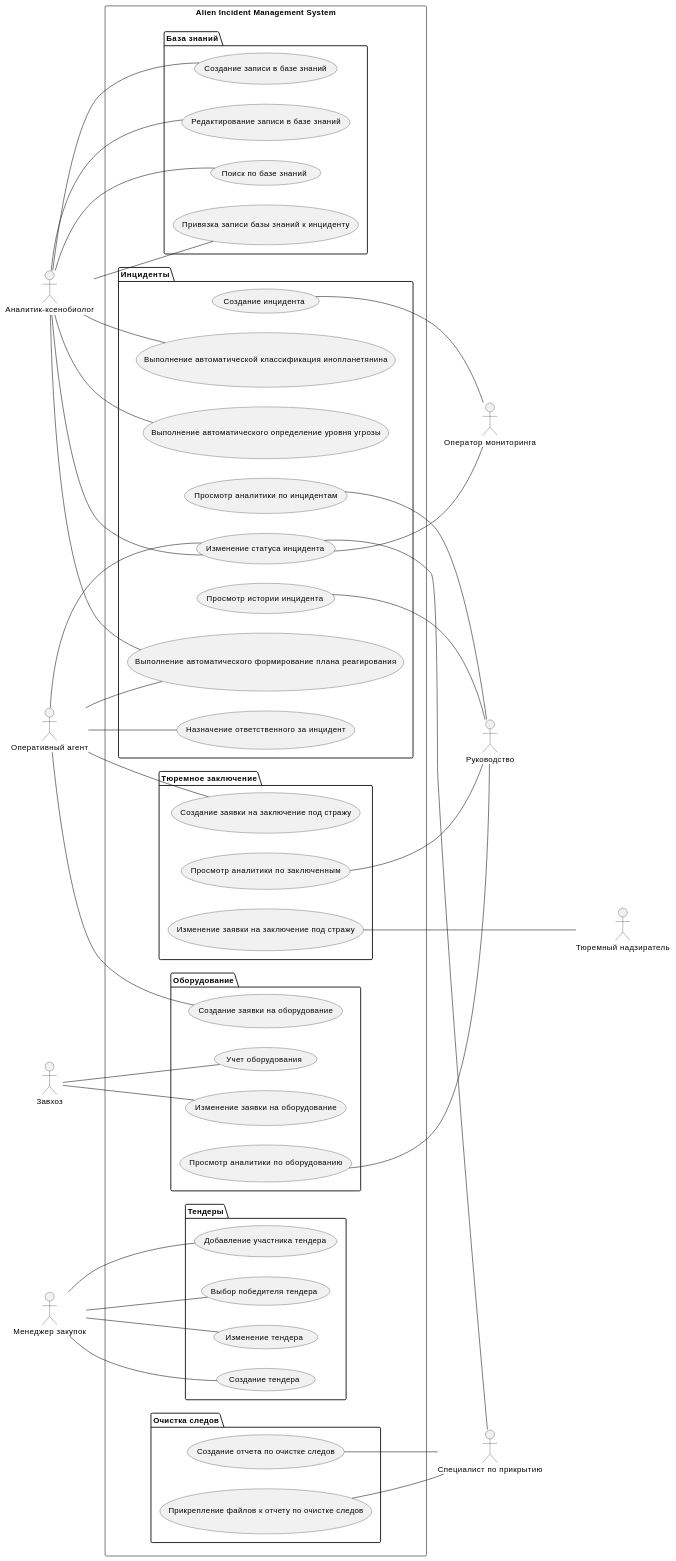
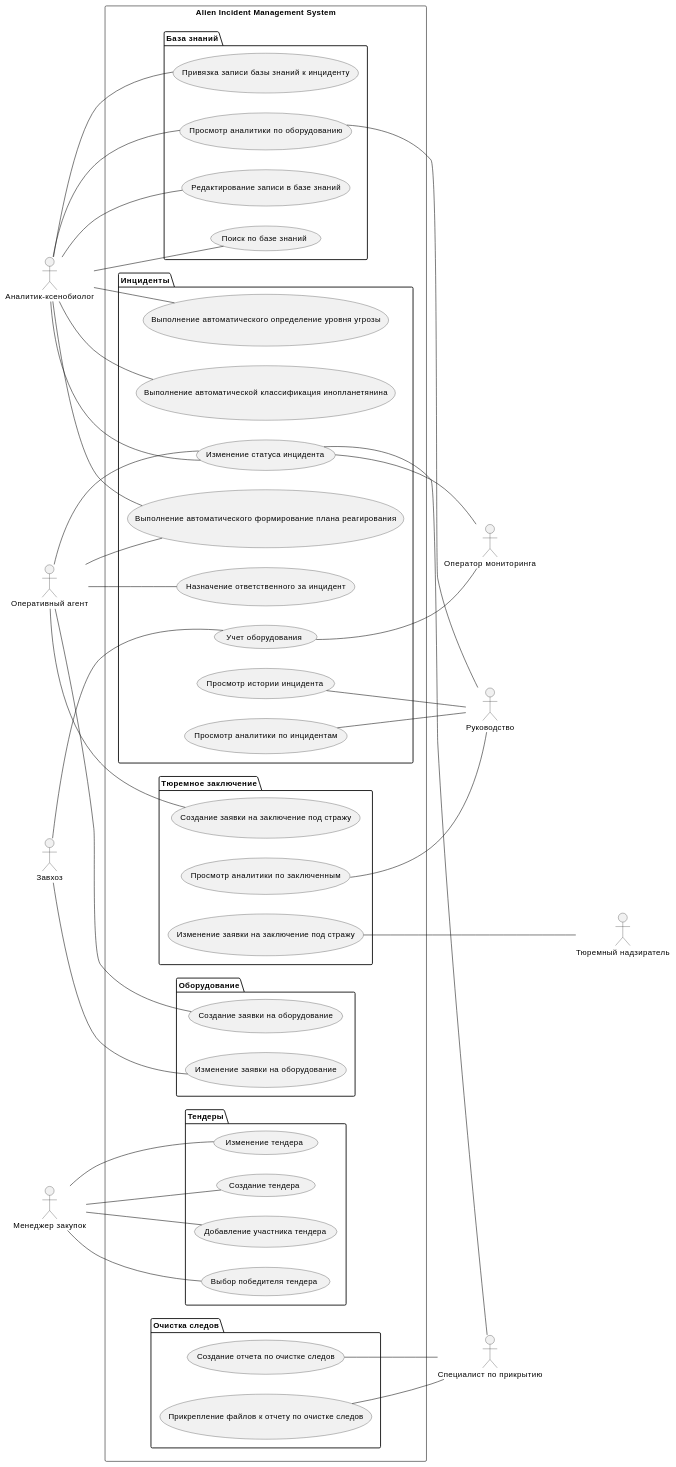
The diagram in UseCase.md (Andryss/AIMS), drawn with PlantUML before and after one commit.

Commit message:
UseCase reidentify

````diff
--- a/UseCase.md
+++ b/UseCase.md
@@ -17,101 +17,101 @@
 
 package "Инциденты" {
 
-(Создание инцидента) as UC1
-(Изменение статуса инцидента) as UC2
-(Назначение ответственного за инцидент) as UC3
-(Просмотр истории инцидента) as UC4
+(Создание инцидента) as UC33
+(Изменение статуса инцидента) as UC12
+(Просмотр истории инцидента) as UC13
+(Назначение ответственного за инцидент) as UC14
 
-(Просмотр аналитики по инцидентам) as UC20
+(Просмотр аналитики по инцидентам) as UC15
 
-(Выполнение автоматической классификация инопланетянина) as UC23
-(Выполнение автоматического определение уровня угрозы) as UC24
-(Выполнение автоматического формирование плана реагирования) as UC25
+(Выполнение автоматической классификация инопланетянина) as UC16
+(Выполнение автоматического определение уровня угрозы) as UC17
+(Выполнение автоматического формирование плана реагирования) as UC18
 
 }
 
 package "База знаний" {
 
-(Создание записи в базе знаний) as UC5
-(Редактирование записи в базе знаний) as UC6
-(Поиск по базе знаний) as UC7
-(Привязка записи базы знаний к инциденту) as UC8
+(Создание записи в базе знаний) as UC34
+(Редактирование записи в базе знаний) as UC22
+(Поиск по базе знаний) as UC23
+(Привязка записи базы знаний к инциденту) as UC24
 
 }
 
 package "Оборудование" {
 
-(Создание заявки на оборудование) as UC9
-(Изменение заявки на оборудование) as UC10
-(Учет оборудования) as UC11
+(Создание заявки на оборудование) as UC31
+(Изменение заявки на оборудование) as UC32
+(Учет оборудования) as UC33
 
-(Просмотр аналитики по оборудованию) as UC21
+(Просмотр аналитики по оборудованию) as UC34
 
 }
 
 package "Тендеры" {
 
-(Создание тендера) as UC12
-(Добавление участника тендера) as UC13
-(Выбор победителя тендера) as UC14
-(Изменение тендера) as UC15
+(Создание тендера) as UC41
+(Добавление участника тендера) as UC42
+(Выбор победителя тендера) as UC43
+(Изменение тендера) as UC44
 
 }
 
 package "Тюремное заключение" {
 
-(Создание заявки на заключение под стражу) as UC16
-(Изменение заявки на заключение под стражу) as UC17
+(Создание заявки на заключение под стражу) as UC51
+(Изменение заявки на заключение под стражу) as UC52
 
-(Просмотр аналитики по заключенным) as UC22
+(Просмотр аналитики по заключенным) as UC53
 
 }
 
 package "Очистка следов" {
 
-(Создание отчета по очистке следов) as UC18
-(Прикрепление файлов к отчету по очистке следов) as UC19
+(Создание отчета по очистке следов) as UC61
+(Прикрепление файлов к отчету по очистке следов) as UC62
 
 }
 
 }
 
-UC1 -- Operator
-UC2 -- Operator
+UC33 -- Operator
+UC12 -- Operator
 
-Analyst -- UC2
-Analyst -- UC5
-Analyst -- UC6
-Analyst -- UC7
-Analyst -- UC8
+Analyst -- UC12
+Analyst -- UC34
+Analyst -- UC22
 Analyst -- UC23
 Analyst -- UC24
-Analyst -- UC25
+Analyst -- UC16
+Analyst -- UC17
+Analyst -- UC18
 
-Agent -- UC2
-Agent -- UC3
-Agent -- UC9
-Agent -- UC16
-Agent -- UC25
+Agent -- UC12
+Agent -- UC14
+Agent -- UC31
+Agent -- UC51
+Agent -- UC18
 
-Storekeeper -- UC10
-Storekeeper -- UC11
+Storekeeper -- UC32
+Storekeeper -- UC33
 
-Procurement -- UC12
-Procurement -- UC13
-Procurement -- UC14
-Procurement -- UC15
+Procurement -- UC41
+Procurement -- UC42
+Procurement -- UC43
+Procurement -- UC44
 
-UC17 --- Guard
+UC52 --- Guard
 
-UC2 -- Cleaner
-UC18 -- Cleaner
-UC19 -- Cleaner
+UC12 -- Cleaner
+UC61 -- Cleaner
+UC62 -- Cleaner
 
-UC4 -- Management
-UC20 -- Management
-UC21 -- Management
-UC22 -- Management
+UC13 -- Management
+UC15 -- Management
+UC34 -- Management
+UC53 -- Management
 
 @enduml
 ```
````
